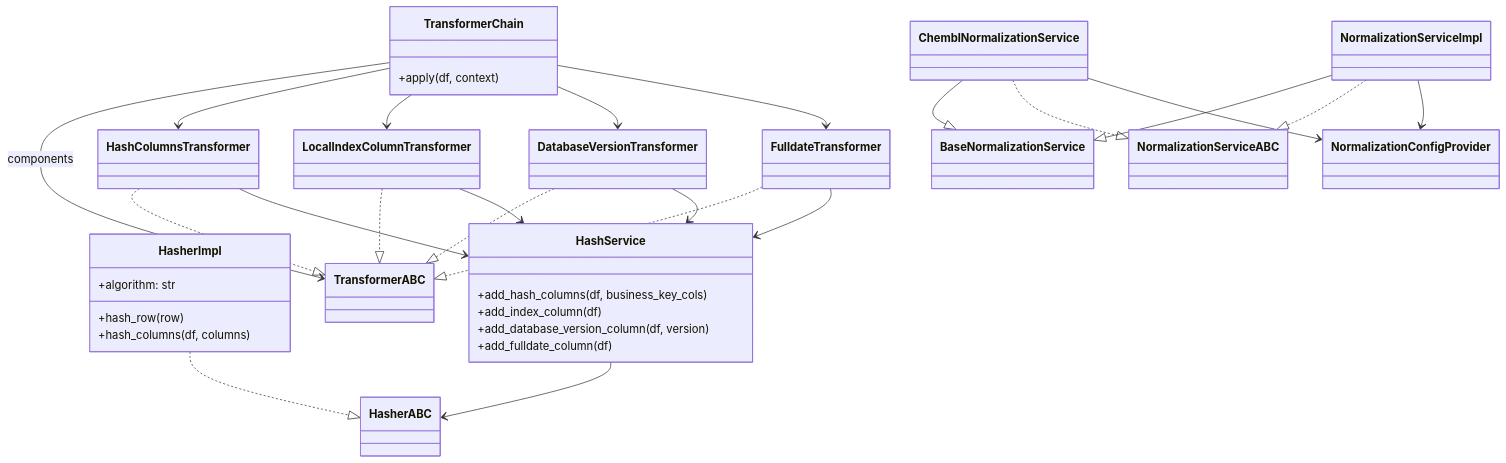
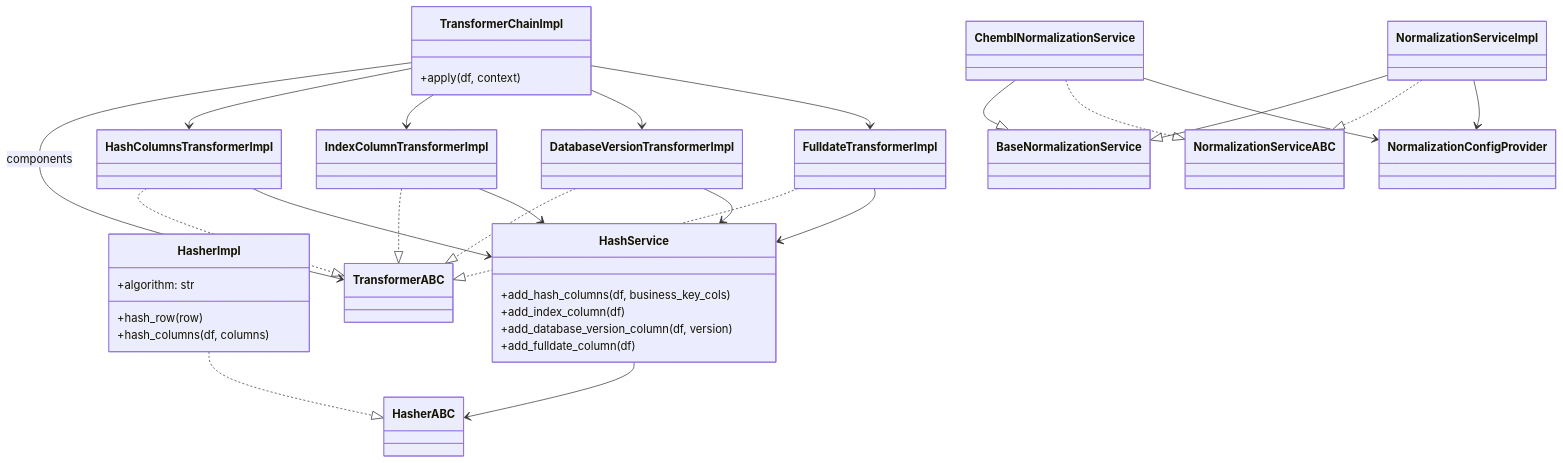
One commit to SatoryKono/BioactivityDataAcquisition changed the diagram in docs/architecture/diagrams/class/16-hashing-normalization-classes.mmd. Above: the diagram before and after it, drawn with Mermaid. The commit also changed 7 other files, not shown here.

Commit message:
Align hash transformer naming with Impl suffix

```diff
--- a/docs/architecture/diagrams/class/16-hashing-normalization-classes.mmd
+++ b/docs/architecture/diagrams/class/16-hashing-normalization-classes.mmd
@@ -1,55 +1,55 @@
 ---
 id: 8e1b7c45-0c2f-4e6a-9fd7-26cbdc6b22a2
 ---
 %%{init: {"class": {"domainPrimary": {"fill": "#f5f5f5", "stroke": "#444", "strokeWidth": 1.5, "color": "#111", "fontSize": "22px"}, "domainSecondary": {"fill": "#e3e7ec", "stroke": "#555", "strokeWidth": 1.2, "color": "#111", "fontSize": "18px"}, "interface": {"fill": "#dde7f2", "stroke": "#44546a", "strokeWidth": 1.5, "color": "#111", "fontSize": "22px"}}}}%%
 classDiagram-v2
 
 class HasherABC
 class HasherImpl {
   +algorithm: str
   +hash_row(row)
   +hash_columns(df, columns)
 }
 class HashService {
   +add_hash_columns(df, business_key_cols)
   +add_index_column(df)
   +add_database_version_column(df, version)
   +add_fulldate_column(df)
 }
 
 class TransformerABC
-class TransformerChain {
+class TransformerChainImpl {
   +apply(df, context)
 }
-class HashColumnsTransformer
-class LocalIndexColumnTransformer
-class DatabaseVersionTransformer
-class FulldateTransformer
+class HashColumnsTransformerImpl
+class IndexColumnTransformerImpl
+class DatabaseVersionTransformerImpl
+class FulldateTransformerImpl
 
 class BaseNormalizationService
 class NormalizationServiceABC
 class ChemblNormalizationService
 class NormalizationServiceImpl
 class NormalizationConfigProvider
 
 HasherImpl ..|> HasherABC
 HashService --> HasherABC
-TransformerChain --> TransformerABC : components
-HashColumnsTransformer ..|> TransformerABC
-LocalIndexColumnTransformer ..|> TransformerABC
-DatabaseVersionTransformer ..|> TransformerABC
-FulldateTransformer ..|> TransformerABC
-TransformerChain --> HashColumnsTransformer
-TransformerChain --> LocalIndexColumnTransformer
-TransformerChain --> DatabaseVersionTransformer
-TransformerChain --> FulldateTransformer
+TransformerChainImpl --> TransformerABC : components
+HashColumnsTransformerImpl ..|> TransformerABC
+IndexColumnTransformerImpl ..|> TransformerABC
+DatabaseVersionTransformerImpl ..|> TransformerABC
+FulldateTransformerImpl ..|> TransformerABC
+TransformerChainImpl --> HashColumnsTransformerImpl
+TransformerChainImpl --> IndexColumnTransformerImpl
+TransformerChainImpl --> DatabaseVersionTransformerImpl
+TransformerChainImpl --> FulldateTransformerImpl
 ChemblNormalizationService --|> BaseNormalizationService
 NormalizationServiceImpl --|> BaseNormalizationService
 ChemblNormalizationService ..|> NormalizationServiceABC
 NormalizationServiceImpl ..|> NormalizationServiceABC
 ChemblNormalizationService --> NormalizationConfigProvider
 NormalizationServiceImpl --> NormalizationConfigProvider
-HashColumnsTransformer --> HashService
-LocalIndexColumnTransformer --> HashService
-DatabaseVersionTransformer --> HashService
-FulldateTransformer --> HashService
+HashColumnsTransformerImpl --> HashService
+IndexColumnTransformerImpl --> HashService
+DatabaseVersionTransformerImpl --> HashService
+FulldateTransformerImpl --> HashService
```
